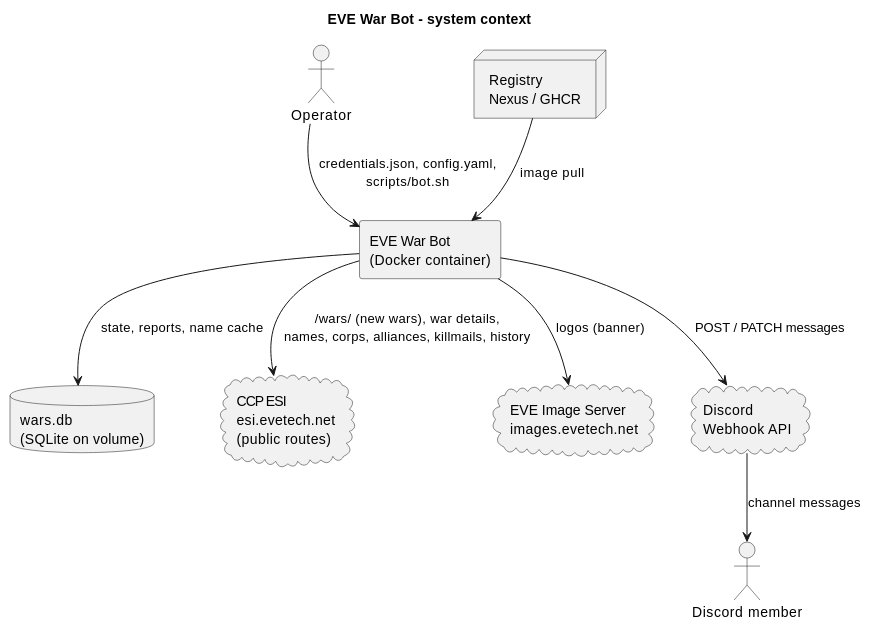
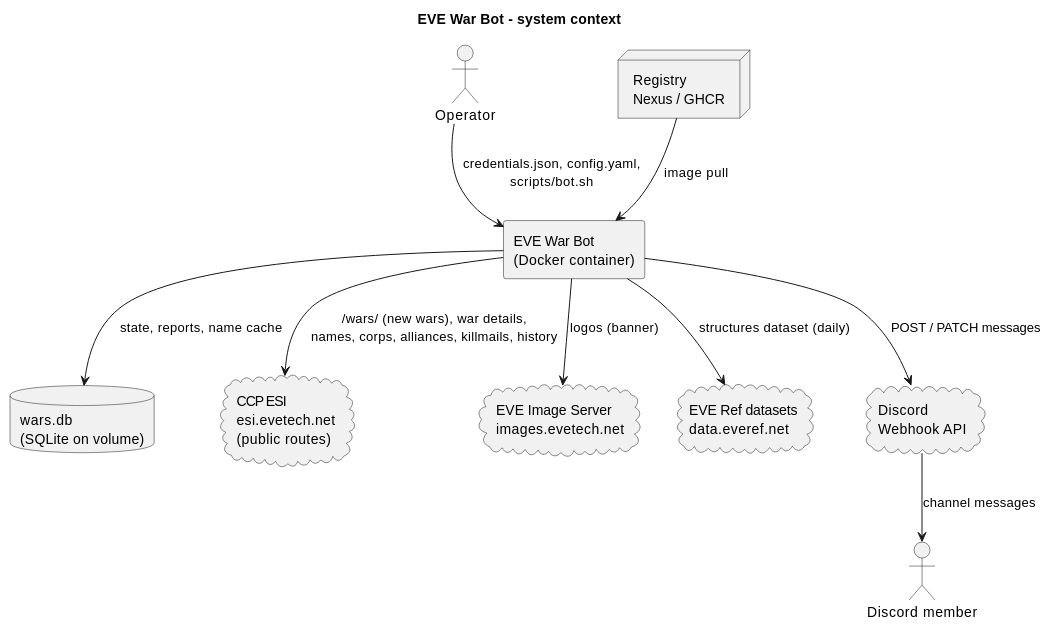
The first of 3 diagrams in docs/wiki/02-FRD.md (Headruner/eve-war-bot), drawn with PlantUML before and after one commit. The commit also changed other lines of this file and 52 other files, not shown here.

````diff
--- a/docs/wiki/02-FRD.md
+++ b/docs/wiki/02-FRD.md
@@ -21,22 +21,24 @@
 ```plantuml
 @startuml
 title EVE War Bot - system context
 skinparam componentStyle rectangle
 actor "Discord member" as M
 actor "Operator" as O
 rectangle "EVE War Bot\n(Docker container)" as BOT
 database "wars.db\n(SQLite on volume)" as DB
 cloud "CCP ESI\nesi.evetech.net\n(public routes)" as ESI
 cloud "EVE Image Server\nimages.evetech.net" as IMG
+cloud "EVE Ref datasets\ndata.everef.net" as REF
 cloud "Discord\nWebhook API" as DIS
 node "Registry\nNexus / GHCR" as REG
 
 BOT --> ESI : /wars/ (new wars), war details,\nnames, corps, alliances, killmails, history
 BOT --> IMG : logos (banner)
+BOT --> REF : structures dataset (daily)
 BOT --> DIS : POST / PATCH messages
 BOT --> DB : state, reports, name cache
 DIS --> M : channel messages
 O --> BOT : credentials.json, config.yaml,\nscripts/bot.sh
 REG --> BOT : image pull
 @enduml
 ```
````
